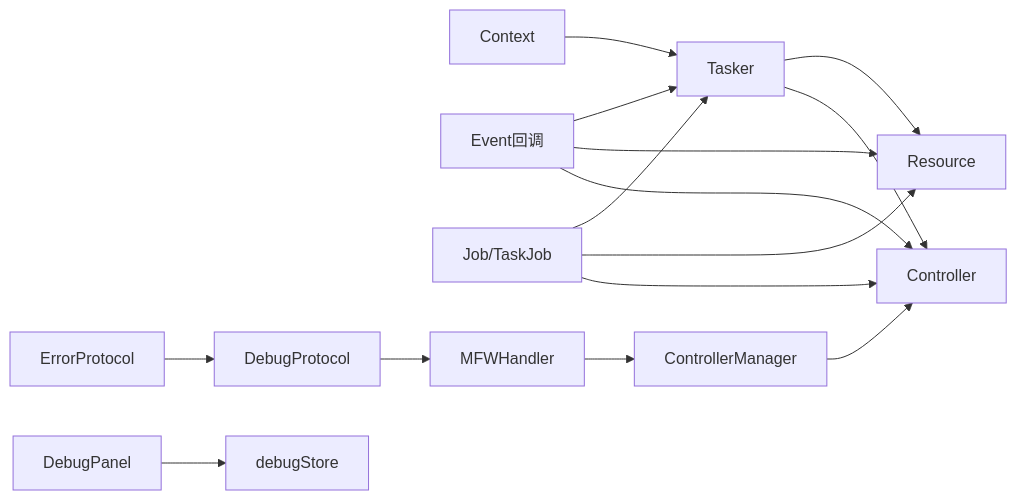
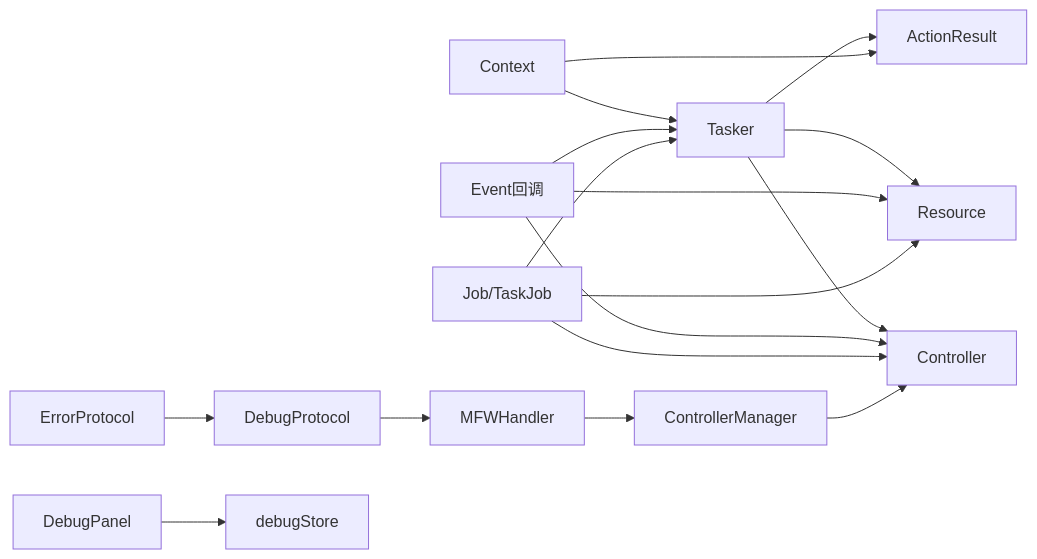
The tenth of 10 diagrams in .qoder/repowiki/zh/content/API 参考/maafw-golang API 参考.md (kqcoxn/MaaPipelineEditor), drawn with Mermaid before and after one commit. The commit also changed other lines of this file and 6 other files, not shown here.

````diff
--- a/.qoder/repowiki/zh/content/API 参考/maafw-golang API 参考.md
+++ b/.qoder/repowiki/zh/content/API 参考/maafw-golang API 参考.md
@@ -539,17 +619,19 @@
 ```mermaid
 graph LR
 Tasker["Tasker"] --> Resource["Resource"]
 Tasker --> Controller["Controller"]
+Tasker --> ActionResult["ActionResult"]
 Context["Context"] --> Tasker
+Context --> ActionResult
 Event["Event回调"] --> Tasker
 Event --> Resource
 Event --> Controller
 Job["Job/TaskJob"] --> Tasker
 Job --> Resource
 Job --> Controller
 ControllerManager["ControllerManager"] --> Controller
 MFWHandler["MFWHandler"] --> ControllerManager
 DebugProtocol["DebugProtocol"] --> MFWHandler
 ErrorProtocol["ErrorProtocol"] --> DebugProtocol
 DebugPanel["DebugPanel"] --> DebugStore["debugStore"]
 ```
````
